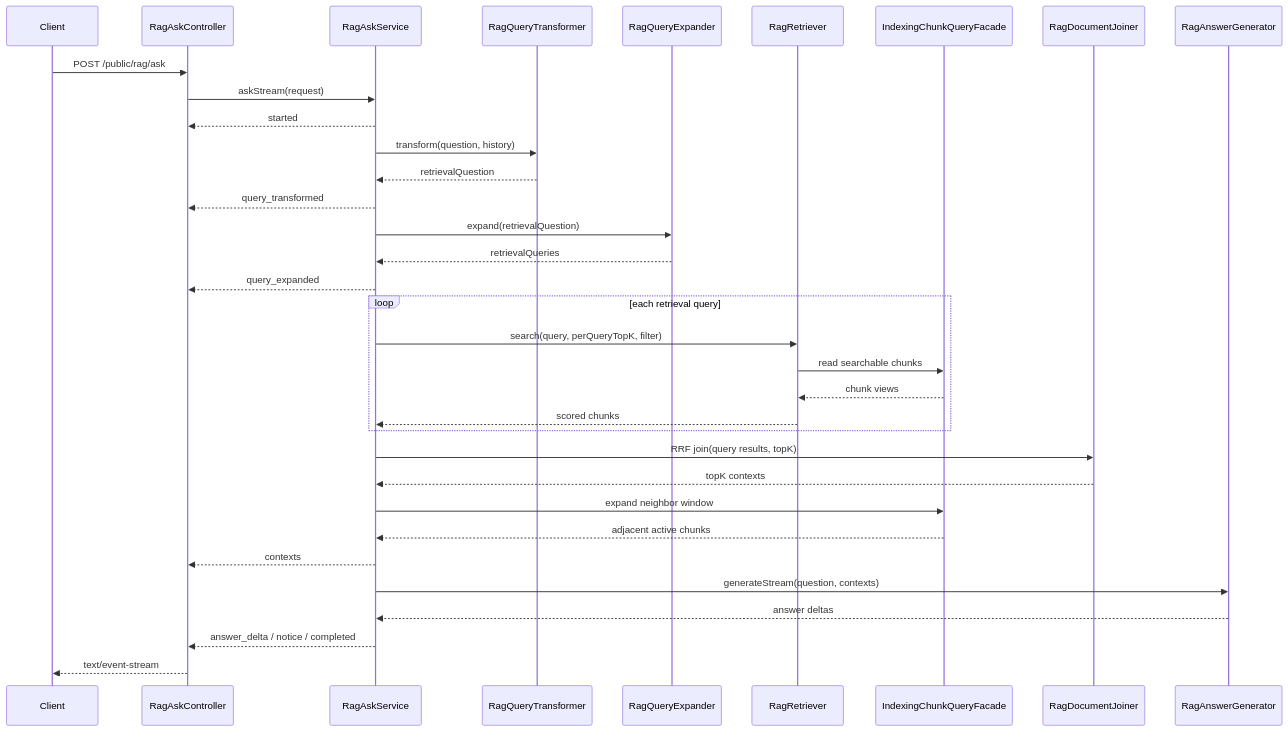
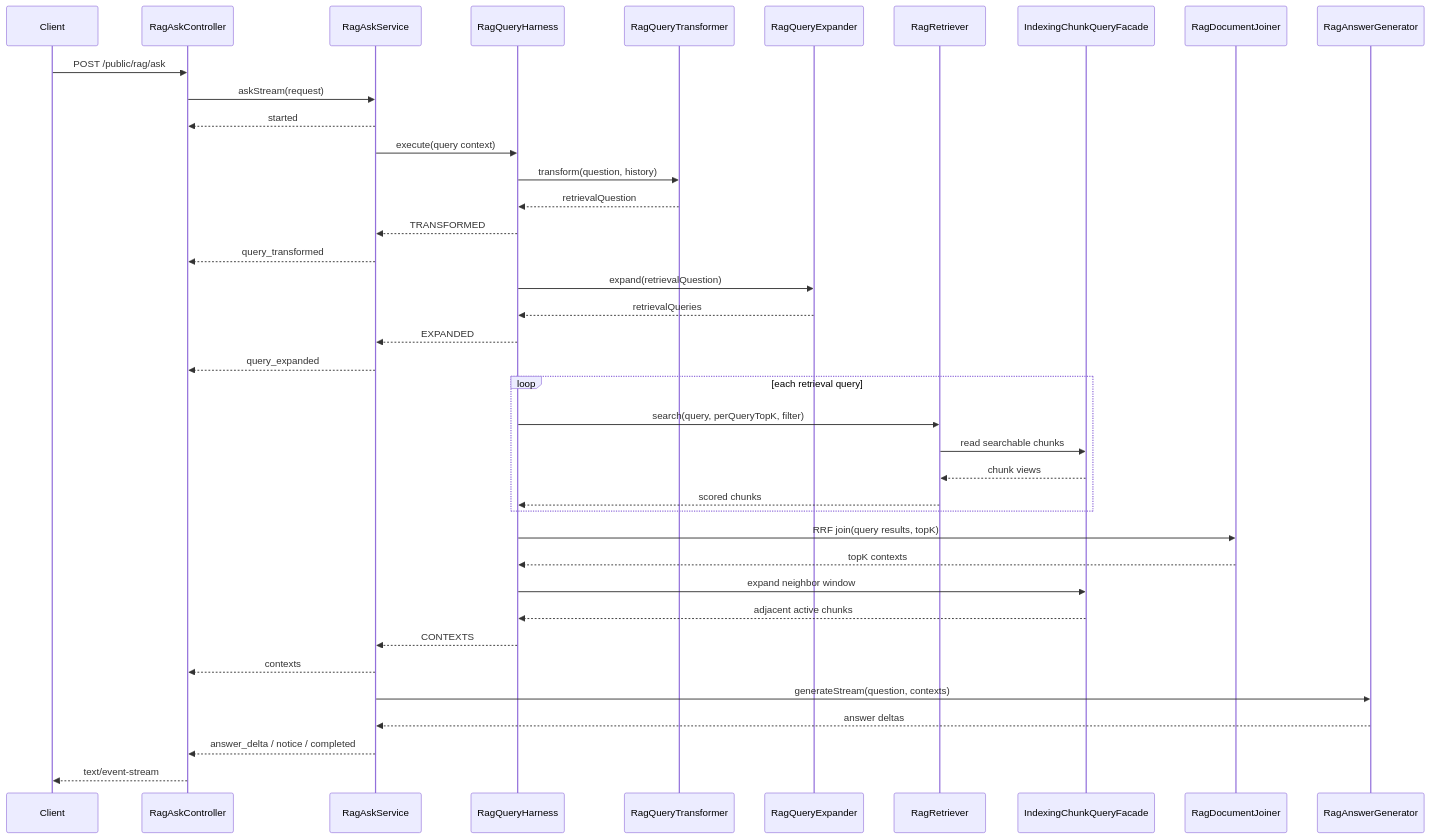
The diagram in docs/在线搜索链路技术文档.md (PolarishT/involutionhell-rag), drawn with Mermaid before and after one commit. The commit also changed other lines of this file and 99 other files, not shown here.

````diff
--- a/docs/在线搜索链路技术文档.md
+++ b/docs/在线搜索链路技术文档.md
@@ -45,37 +46,42 @@
 ```mermaid
 sequenceDiagram
     participant Client as Client
     participant Controller as RagAskController
     participant Ask as RagAskService
+    participant Harness as RagQueryHarness
     participant Transform as RagQueryTransformer
     participant Expand as RagQueryExpander
     participant Retriever as RagRetriever
     participant Indexing as IndexingChunkQueryFacade
     participant Joiner as RagDocumentJoiner
     participant Answer as RagAnswerGenerator
 
     Client->>Controller: POST /public/rag/ask
     Controller->>Ask: askStream(request)
     Ask-->>Controller: started
-    Ask->>Transform: transform(question, history)
-    Transform-->>Ask: retrievalQuestion
+    Ask->>Harness: execute(query context)
+    Harness->>Transform: transform(question, history)
+    Transform-->>Harness: retrievalQuestion
+    Harness-->>Ask: TRANSFORMED
     Ask-->>Controller: query_transformed
-    Ask->>Expand: expand(retrievalQuestion)
-    Expand-->>Ask: retrievalQueries
+    Harness->>Expand: expand(retrievalQuestion)
+    Expand-->>Harness: retrievalQueries
+    Harness-->>Ask: EXPANDED
     Ask-->>Controller: query_expanded
     loop each retrieval query
-        Ask->>Retriever: search(query, perQueryTopK, filter)
+        Harness->>Retriever: search(query, perQueryTopK, filter)
         Retriever->>Indexing: read searchable chunks
         Indexing-->>Retriever: chunk views
-        Retriever-->>Ask: scored chunks
+        Retriever-->>Harness: scored chunks
     end
-    Ask->>Joiner: RRF join(query results, topK)
-    Joiner-->>Ask: topK contexts
-    Ask->>Indexing: expand neighbor window
-    Indexing-->>Ask: adjacent active chunks
+    Harness->>Joiner: RRF join(query results, topK)
+    Joiner-->>Harness: topK contexts
+    Harness->>Indexing: expand neighbor window
+    Indexing-->>Harness: adjacent active chunks
+    Harness-->>Ask: CONTEXTS
     Ask-->>Controller: contexts
     Ask->>Answer: generateStream(question, contexts)
     Answer-->>Ask: answer deltas
     Ask-->>Controller: answer_delta / notice / completed
     Controller-->>Client: text/event-stream
 ```
````
